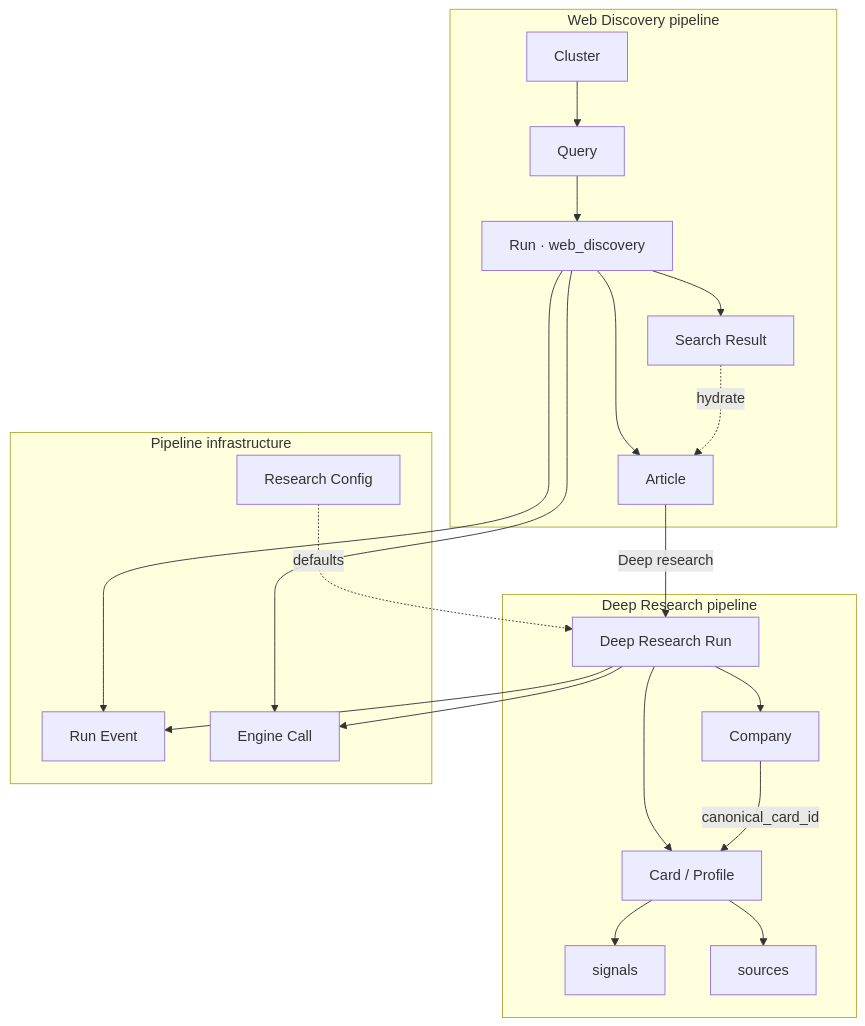
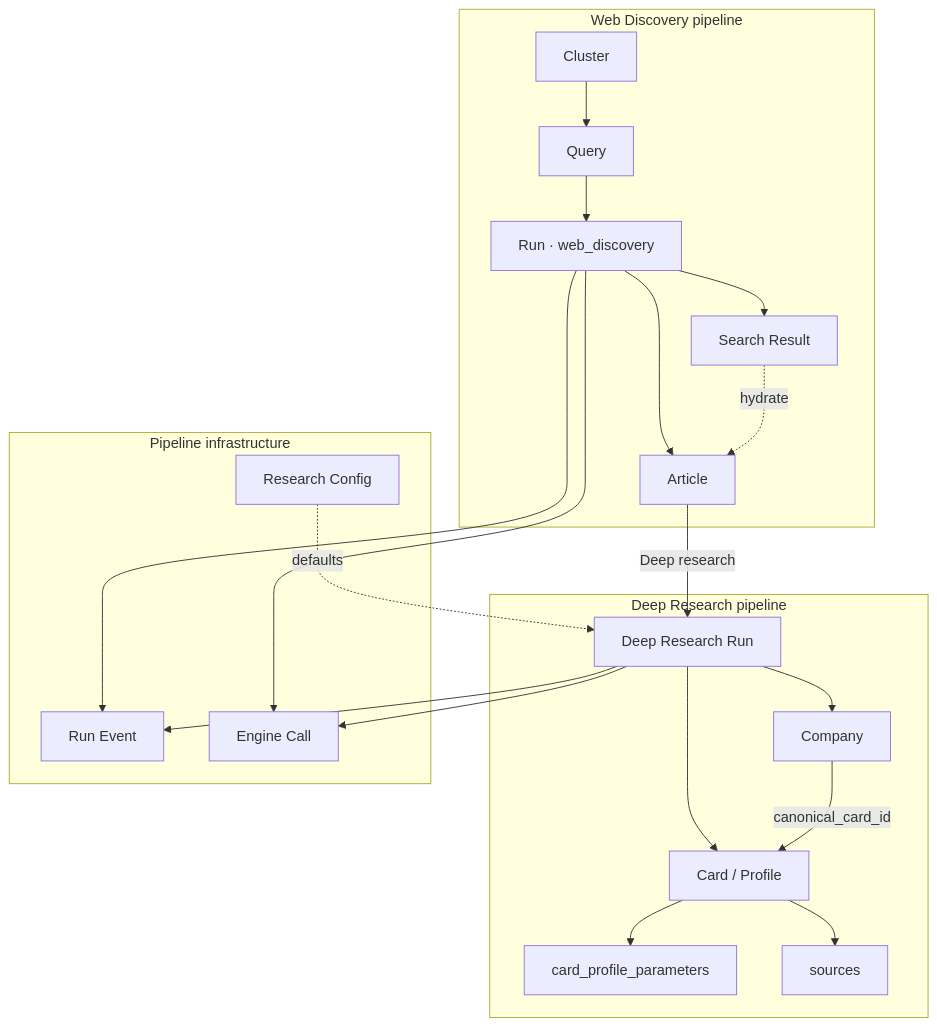
The first of 6 diagrams in docs/phase-1/P1-03.md (Growth-Maschine/NORAD-INTEL-ENGINE-V1), drawn with Mermaid before and after one commit. The commit also changed other lines of this file and 14 other files, not shown here.

````diff
--- a/docs/phase-1/P1-03.md
+++ b/docs/phase-1/P1-03.md
@@ -83,39 +82,39 @@
 ```mermaid
 flowchart TD
     subgraph WebDiscovery["Web Discovery pipeline"]
         CL[Cluster]
         Q[Query]
         RUN[Run · web_discovery]
         SR[Search Result]
         ART[Article]
     end
 
     subgraph DeepResearch["Deep Research pipeline"]
         DRR[Deep Research Run]
         CO[Company]
         CARD[Card / Profile]
-        SIG[signals]
+        CPP[card_profile_parameters]
         SRC[sources]
     end
 
     subgraph Infra["Pipeline infrastructure"]
         RE[Run Event]
         EC[Engine Call]
         RC[Research Config]
     end
 
     CL --> Q --> RUN --> SR
     RUN --> ART
     SR -.->|hydrate| ART
   ART -->|Deep research| DRR
     DRR --> CO
     DRR --> CARD
-    CARD --> SIG
     CARD --> SRC
+    CARD --> CPP
     CO -->|canonical_card_id| CARD
     RUN --> RE
     DRR --> RE
     RUN --> EC
     DRR --> EC
     RC -.->|defaults| DRR
 ```
````
